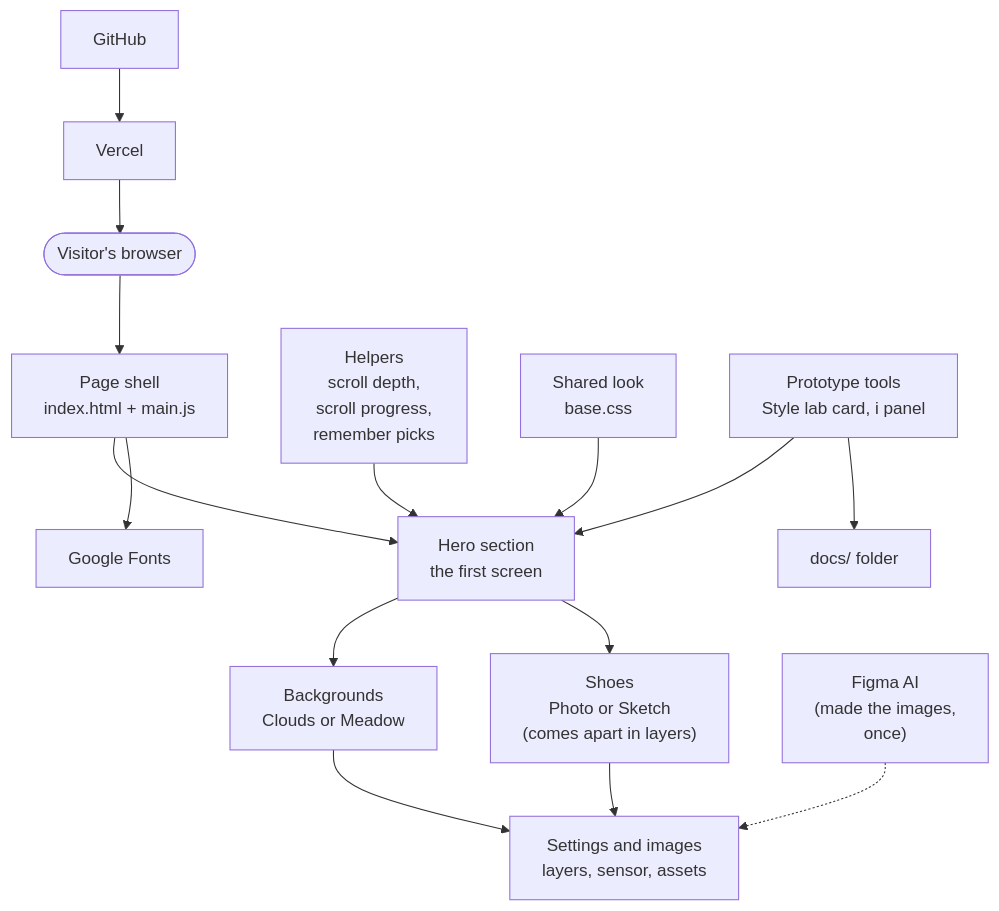
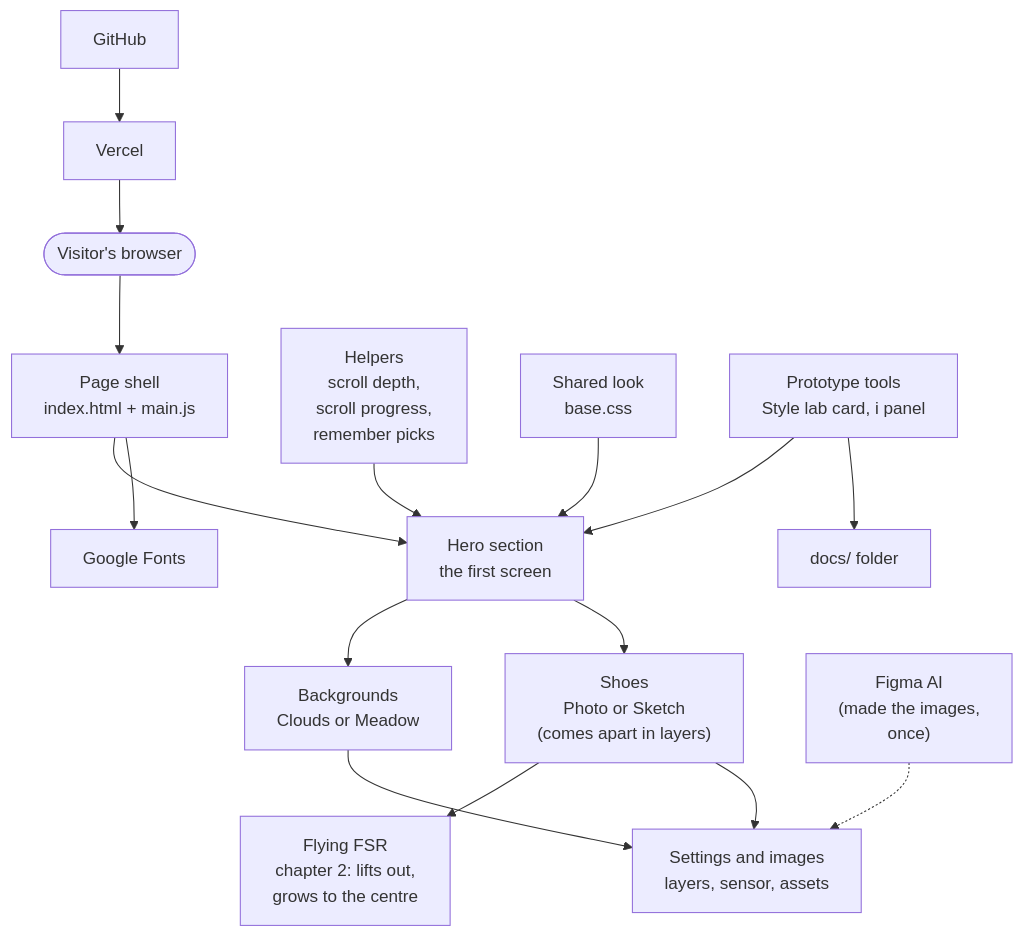
The diagram in docs/architecture.md (Veruzka/magic-shoes-presentation), drawn with Mermaid before and after one commit. The commit also changed other lines of this file and 14 other files, not shown here.

Commit message:
Chapter 2: FSR lifts out, turns to face you and grows to the centre as the scene scrolls away

````diff
--- a/docs/architecture.md
+++ b/docs/architecture.md
@@ -3,30 +3,32 @@
 ```mermaid
 flowchart TD
   visitor(["Visitor's browser"])
   page["Page shell<br/>index.html + main.js"]
   hero["Hero section<br/>the first screen"]
   bg["Backgrounds<br/>Clouds or Meadow"]
   shoe["Shoes<br/>Photo or Sketch<br/>(comes apart in layers)"]
+  flight["Flying FSR<br/>chapter 2: lifts out,<br/>grows to the centre"]
   data["Settings and images<br/>layers, sensor, assets"]
   helpers["Helpers<br/>scroll depth,<br/>scroll progress,<br/>remember picks"]
   styles["Shared look<br/>base.css"]
   tools["Prototype tools<br/>Style lab card, i panel"]
   docs["docs/ folder"]
   github["GitHub"]
   vercel["Vercel"]
   fonts["Google Fonts"]
   figma["Figma AI<br/>(made the images,<br/>once)"]
 
   visitor --> page --> hero
   hero --> bg
   hero --> shoe
+  shoe --> flight
   bg --> data
   shoe --> data
   helpers --> hero
   styles --> hero
   tools --> hero
   tools --> docs
   page --> fonts
   github --> vercel --> visitor
   figma -.-> data
 ```
````
